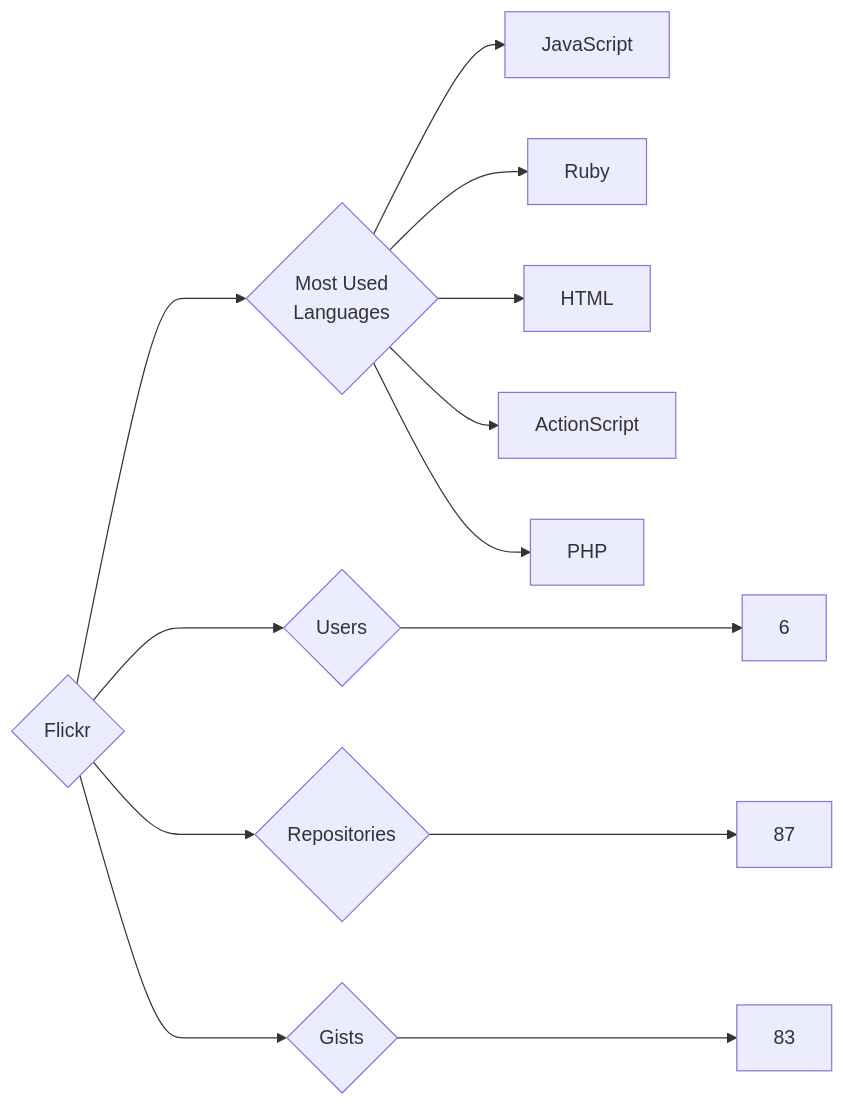
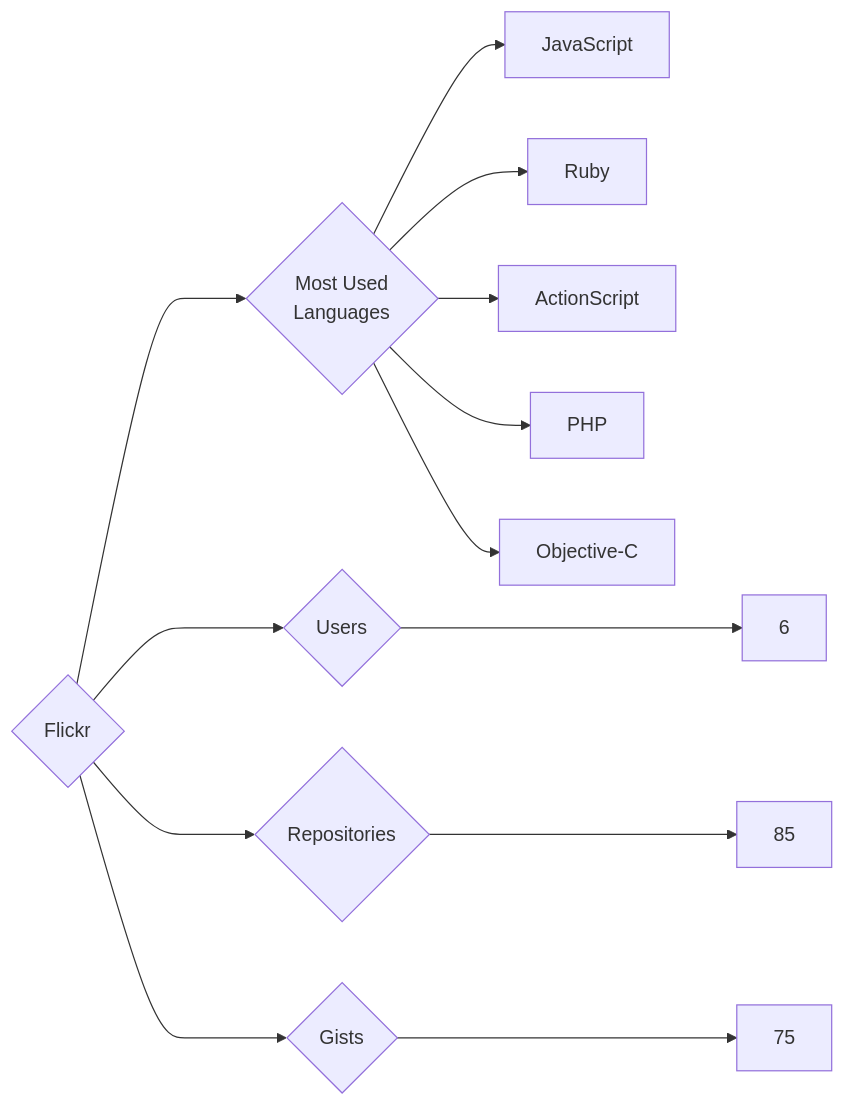
One commit to trickest/insiders changed the diagram in targets/Flickr/README.md. Above: the diagram before and after it, drawn with Mermaid. The commit also changed 749 other files, not shown here.

````diff
--- a/targets/Flickr/README.md
+++ b/targets/Flickr/README.md
@@ -3,13 +3,13 @@
 ```mermaid
 graph LR
 COMPANY_NAME{Flickr}
 COMPANY_NAME ---> U{Users} ---> UN[6]
-COMPANY_NAME ---> R{Repositories} ---> RN[87]
-COMPANY_NAME ---> G{Gists} ---> GN[83]
+COMPANY_NAME ---> R{Repositories} ---> RN[85]
+COMPANY_NAME ---> G{Gists} ---> GN[75]
 COMPANY_NAME ---> ML{Most Used<br>Languages}
 ML --> JavaScript[JavaScript]
 ML --> Ruby[Ruby]
-ML --> HTML[HTML]
 ML --> ActionScript[ActionScript]
 ML --> PHP[PHP]
+ML --> Objective-C[Objective-C]
 ```
````
